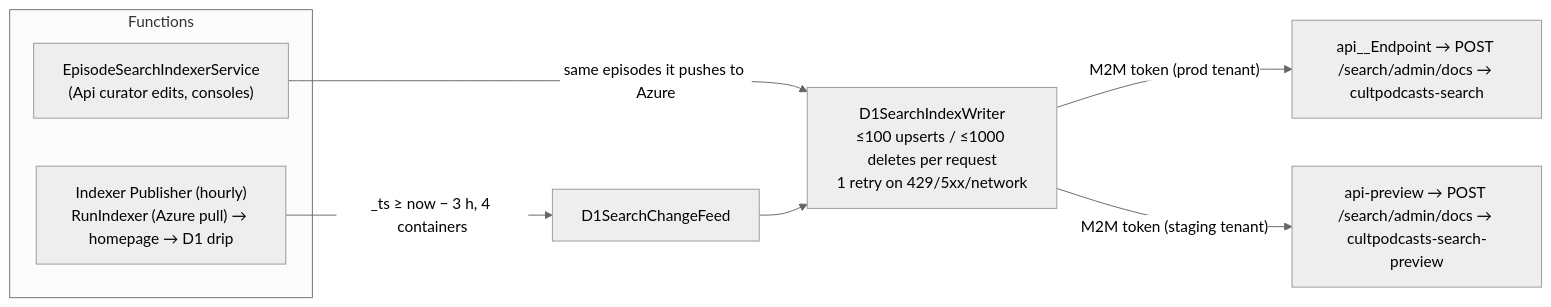
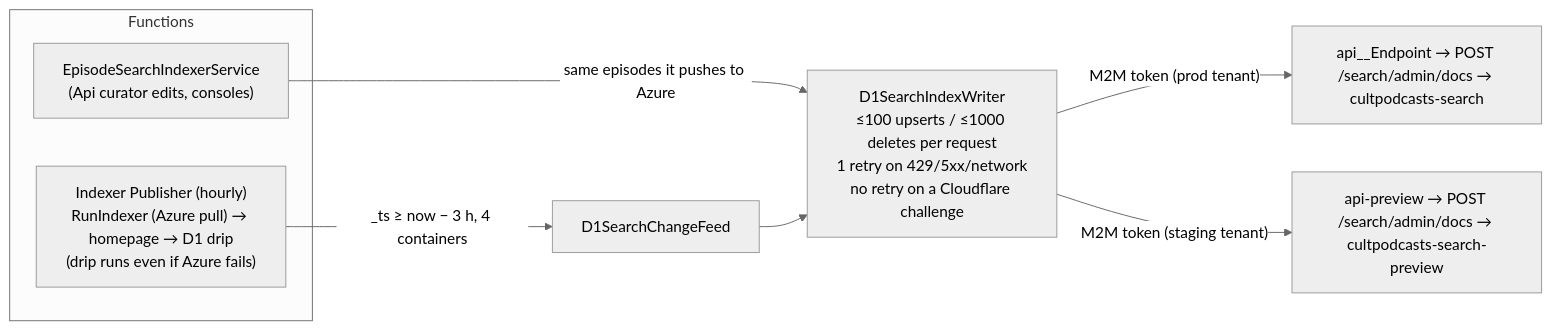
One commit to cultpodcasts/RedditPodcastPoster changed the diagram in docs/search-platform/sync-and-replication.md. Above: the diagram before and after it, drawn with Mermaid (neutral theme). The commit also changed 6 other files, not shown here.

Commit message:
SP-2.1 #1321: review fixes: drip runs when Azure fails, reuse Cloudflare challenge detection, modifiedAt remark, atomic log-once

````diff
--- a/docs/search-platform/sync-and-replication.md
+++ b/docs/search-platform/sync-and-replication.md
@@ -38,12 +38,12 @@
 ```mermaid
 flowchart LR
   subgraph Functions
-    P["Indexer Publisher (hourly)<br/>RunIndexer (Azure pull) → homepage → D1 drip"]
+    P["Indexer Publisher (hourly)<br/>RunIndexer (Azure pull) → homepage → D1 drip<br/>(drip runs even if Azure fails)"]
     E["EpisodeSearchIndexerService<br/>(Api curator edits, consoles)"]
   end
   P -->|"_ts ≥ now − 3 h, 4 containers"| CF[D1SearchChangeFeed]
   E -->|"same episodes it pushes to Azure"| W
-  CF --> W["D1SearchIndexWriter<br/>≤100 upserts / ≤1000 deletes per request<br/>1 retry on 429/5xx/network"]
+  CF --> W["D1SearchIndexWriter<br/>≤100 upserts / ≤1000 deletes per request<br/>1 retry on 429/5xx/network<br/>no retry on a Cloudflare challenge"]
   W -->|"M2M token (prod tenant)"| PA["api__Endpoint → POST /search/admin/docs → cultpodcasts-search"]
   W -->|"M2M token (staging tenant)"| PV["api-preview → POST /search/admin/docs → cultpodcasts-search-preview"]
 ```
````
